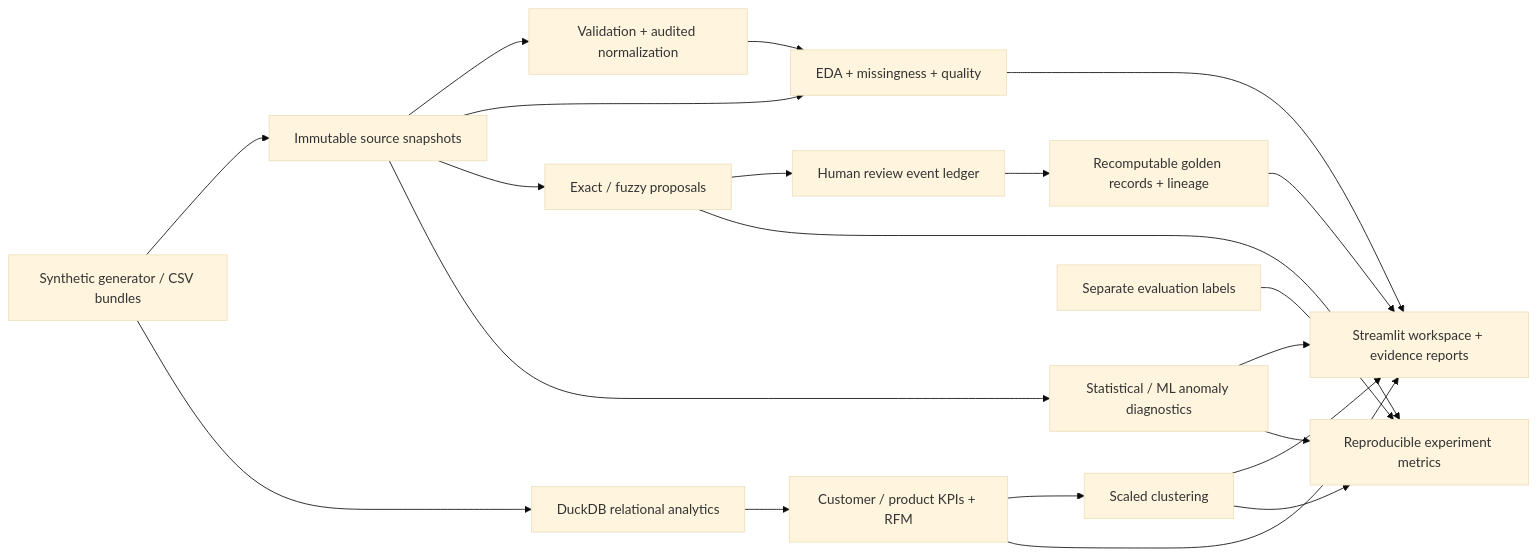
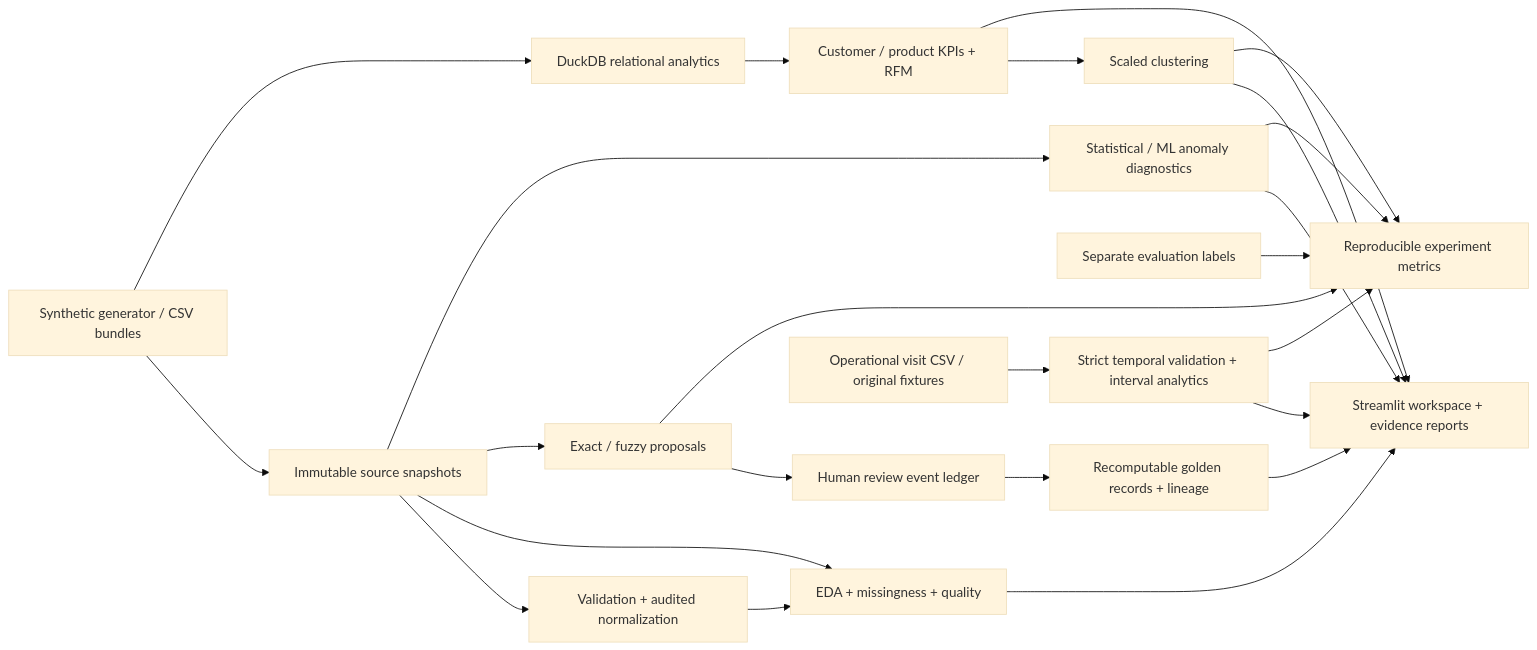
The diagram in README.md (revyalo/lumen-intelligent-mdm-analytics), drawn with Mermaid (base theme) before and after one commit. The commit also changed other lines of this file and 39 other files, not shown here.

Commit message:
Add operational time analytics with interval evidence and reproducible validation

````diff
--- a/README.md
+++ b/README.md
@@ -65,23 +68,26 @@
 ```mermaid
 flowchart LR
   A[Synthetic generator / CSV bundles] --> B[Immutable source snapshots]
   B --> C[Validation + audited normalization]
   B --> D[EDA + missingness + quality]
   C --> D
   A --> E[DuckDB relational analytics]
   E --> F[Customer / product KPIs + RFM]
   F --> G[Scaled clustering]
   B --> H[Exact / fuzzy proposals]
   H --> I[Human review event ledger]
   I --> J[Recomputable golden records + lineage]
   B --> K[Statistical / ML anomaly diagnostics]
   D --> L[Streamlit workspace + evidence reports]
   F --> L
   G --> L
   J --> L
   K --> L
   M[Separate evaluation labels] --> N[Reproducible experiment metrics]
   H --> N
   G --> N
   K --> N
+  O[Operational visit CSV / original fixtures] --> P[Strict temporal validation + interval analytics]
+  P --> L
+  P --> N
 ```
````
